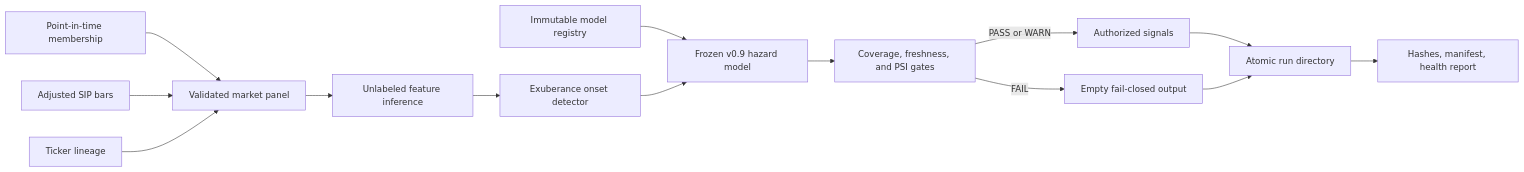
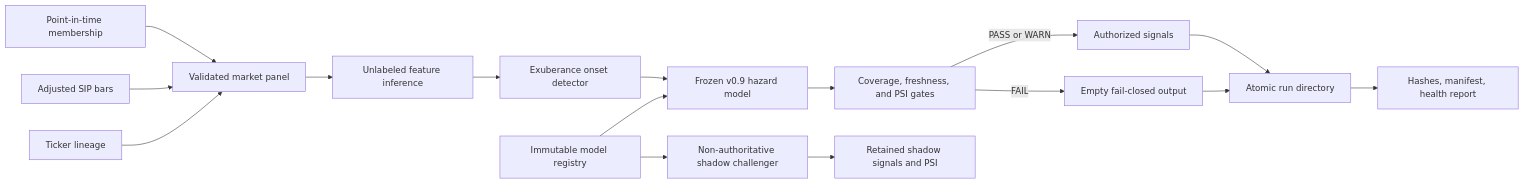
Before and after one commit to agalkova/point-in-time-equity-risk: the diagram in docs/PRODUCTION_RISK_PIPELINE.md, drawn with Mermaid. The commit also changed other lines of this file and 10 other files, not shown here.

````diff
--- a/docs/PRODUCTION_RISK_PIPELINE.md
+++ b/docs/PRODUCTION_RISK_PIPELINE.md
@@ -11,16 +11,18 @@
 ```mermaid
 flowchart LR
     A[Point-in-time membership] --> D[Validated market panel]
     B[Adjusted SIP bars] --> D
     C[Ticker lineage] --> D
     D --> E[Unlabeled feature inference]
     E --> F[Exuberance onset detector]
     M[Immutable model registry] --> G[Frozen v0.9 hazard model]
+    M --> S[Non-authoritative shadow challenger]
     F --> G
     G --> H[Coverage, freshness, and PSI gates]
     H -->|PASS or WARN| I[Authorized signals]
     H -->|FAIL| J[Empty fail-closed output]
     I --> K[Atomic run directory]
     J --> K
     K --> L[Hashes, manifest, health report]
+    S --> N[Retained shadow signals and PSI]
 ```
````
